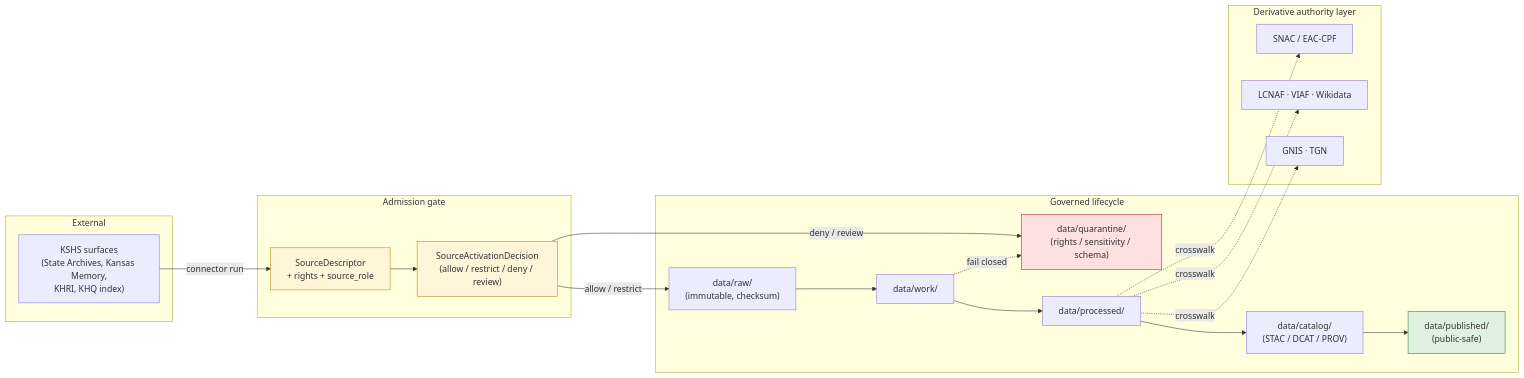
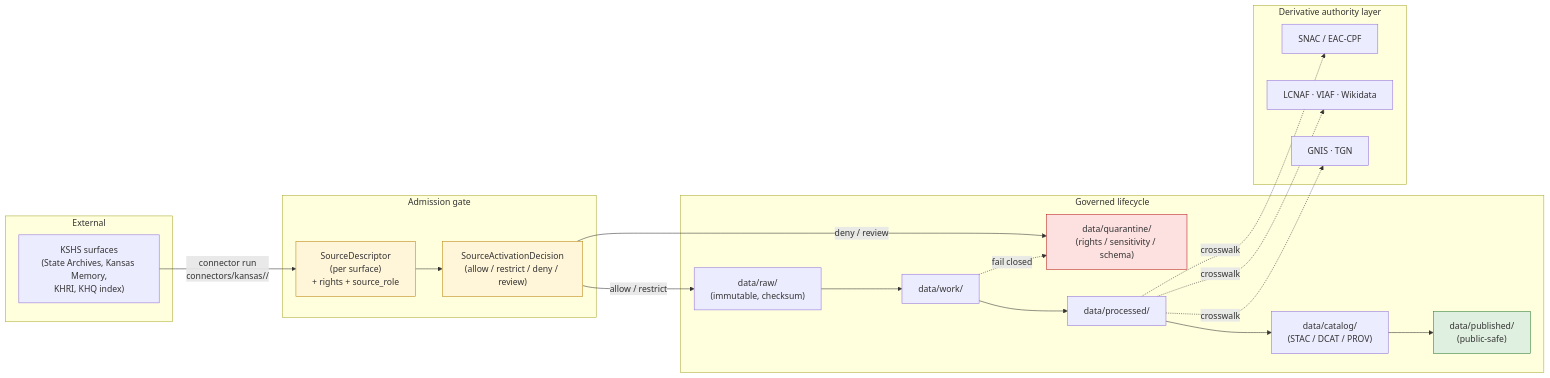
The first of 2 diagrams in docs/sources/catalog/kansas/kansas-state-archives.md (bartytime4life/Kansas-Frontier-Matrix), drawn with Mermaid before and after one commit. The commit also changed other lines of this file, not shown here.

````diff
--- a/docs/sources/catalog/kansas/kansas-state-archives.md
+++ b/docs/sources/catalog/kansas/kansas-state-archives.md
@@ -150,42 +227,42 @@
 ```mermaid
 flowchart LR
     subgraph EXT["External"]
         KSHS["KSHS surfaces<br/>(State Archives, Kansas Memory,<br/>KHRI, KHQ index)"]
     end
 
     subgraph ADMIT["Admission gate"]
-        SD["SourceDescriptor<br/>+ rights + source_role"]
+        SD["SourceDescriptor<br/>(per surface)<br/>+ rights + source_role"]
         SAD["SourceActivationDecision<br/>(allow / restrict / deny / review)"]
     end
 
     subgraph LIFE["Governed lifecycle"]
         RAW["data/raw/<br/>(immutable, checksum)"]
         WORK["data/work/"]
         QUAR["data/quarantine/<br/>(rights / sensitivity / schema)"]
         PROC["data/processed/"]
         CAT["data/catalog/<br/>(STAC / DCAT / PROV)"]
         PUB["data/published/<br/>(public-safe)"]
     end
 
     subgraph DRV["Derivative authority layer"]
         SNAC["SNAC / EAC-CPF"]
         LCNAF["LCNAF · VIAF · Wikidata"]
         GNIS["GNIS · TGN"]
     end
 
-    KSHS -->|connector run| SD --> SAD
+    KSHS -->|"connector run<br/>connectors/kansas/<surface>/"| SD --> SAD
     SAD -->|allow / restrict| RAW
     SAD -->|deny / review| QUAR
     RAW --> WORK --> PROC --> CAT --> PUB
     WORK -.->|fail closed| QUAR
     PROC -.->|crosswalk| SNAC
     PROC -.->|crosswalk| LCNAF
     PROC -.->|crosswalk| GNIS
 
     classDef gov fill:#fff5d9,stroke:#b8860b,stroke-width:1px;
     classDef pub fill:#e0f0e0,stroke:#2e7d32,stroke-width:1px;
     classDef quar fill:#fde0e0,stroke:#b71c1c,stroke-width:1px;
     class SD,SAD gov;
     class PUB pub;
     class QUAR quar;
 ```
````
